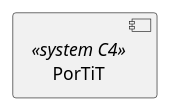
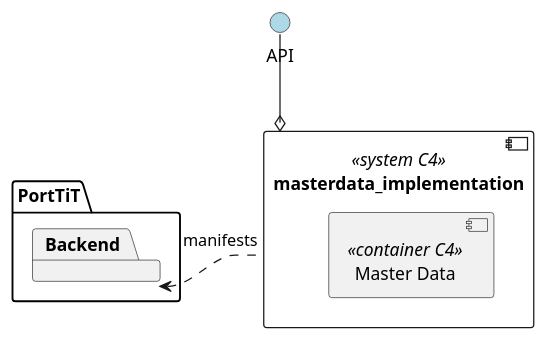
One commit to BernasDzn/portit changed the diagram in docs/sprint_1/global_artifacts/arquitecture/level_1/logic_views/l1_logicview.puml. Above: the diagram before and after it, drawn with PlantUML. The commit also changed 1 other file, not shown here.

Commit message:
docs: rename container in implementation level 4

```diff
--- a/docs/sprint_1/global_artifacts/arquitecture/level_1/logic_views/l1_logicview.puml
+++ b/docs/sprint_1/global_artifacts/arquitecture/level_1/logic_views/l1_logicview.puml
@@ -1,8 +1,22 @@
-@startuml logicview_n1
+@startuml mapping_view_n2
 skinparam Linetype polyline
 
-component "PorTiT" as masterdata <<system C4>> {
-	
+package "PortTiT" {
+    package Backend  {
+
+    }
 }
 
+circle "API" as api #LightBlue
+
+api --o masterdata_implementation 
+
+
+component "PorTiT" as masterdata_implementation <<system C4>> {
+    
+    [Master Data] as backend <<container C4>>
+}
+
+masterdata_implementation .l.> Backend : manifests
+
 @enduml
```
